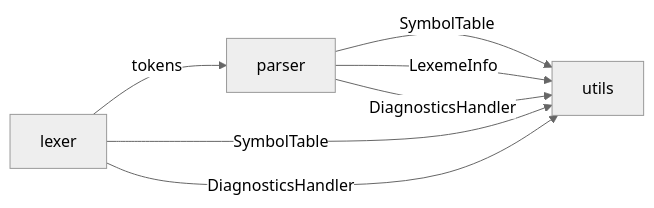
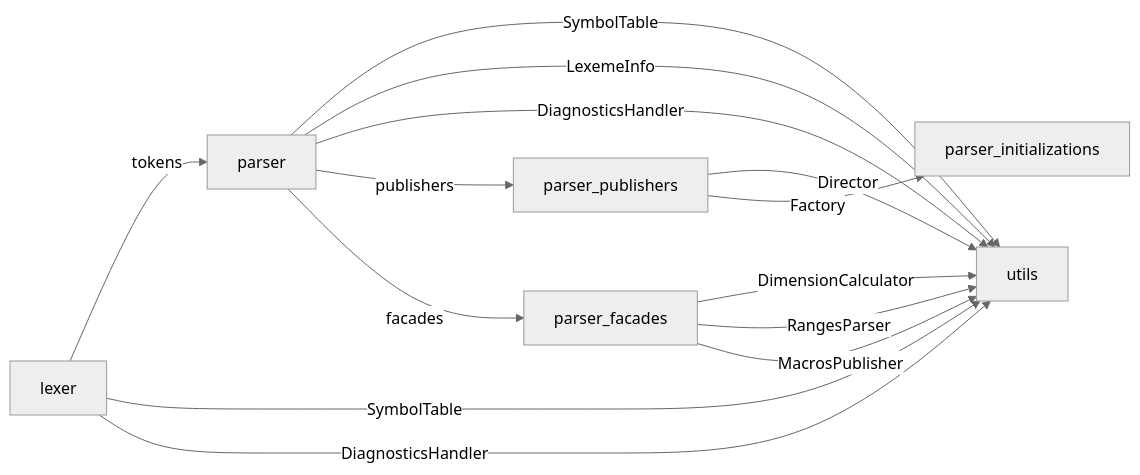
One commit to PascalUser/FLC-IEC61131-7 changed the diagram in doc/diagrams/package_dependencies.mmd. Above: the diagram before and after it, drawn with Mermaid (neutral theme). The commit also changed 51 other files, not shown here.

```diff
--- a/doc/diagrams/package_dependencies.mmd
+++ b/doc/diagrams/package_dependencies.mmd
@@ -1,10 +1,20 @@
 flowchart LR
     lexer[lexer]
     parser[parser]
+    parser_publishers[parser_publishers]
+    parser_facades[parser_facades]
+    parser_initializations[parser_initializations]
     utils[utils]
     lexer -->|tokens| parser
     parser -->|SymbolTable| utils
     parser -->|LexemeInfo| utils
     parser -->|DiagnosticsHandler| utils
+    parser -->|publishers| parser_publishers
+    parser_publishers -->|Director| utils
+    parser_publishers -->|Factory| parser_initializations
+    parser -->|facades| parser_facades
+    parser_facades -->|DimensionCalculator| utils
+    parser_facades -->|RangesParser| utils
+    parser_facades -->|MacrosPublisher| utils
     lexer -->|SymbolTable| utils
     lexer -->|DiagnosticsHandler| utils
```
